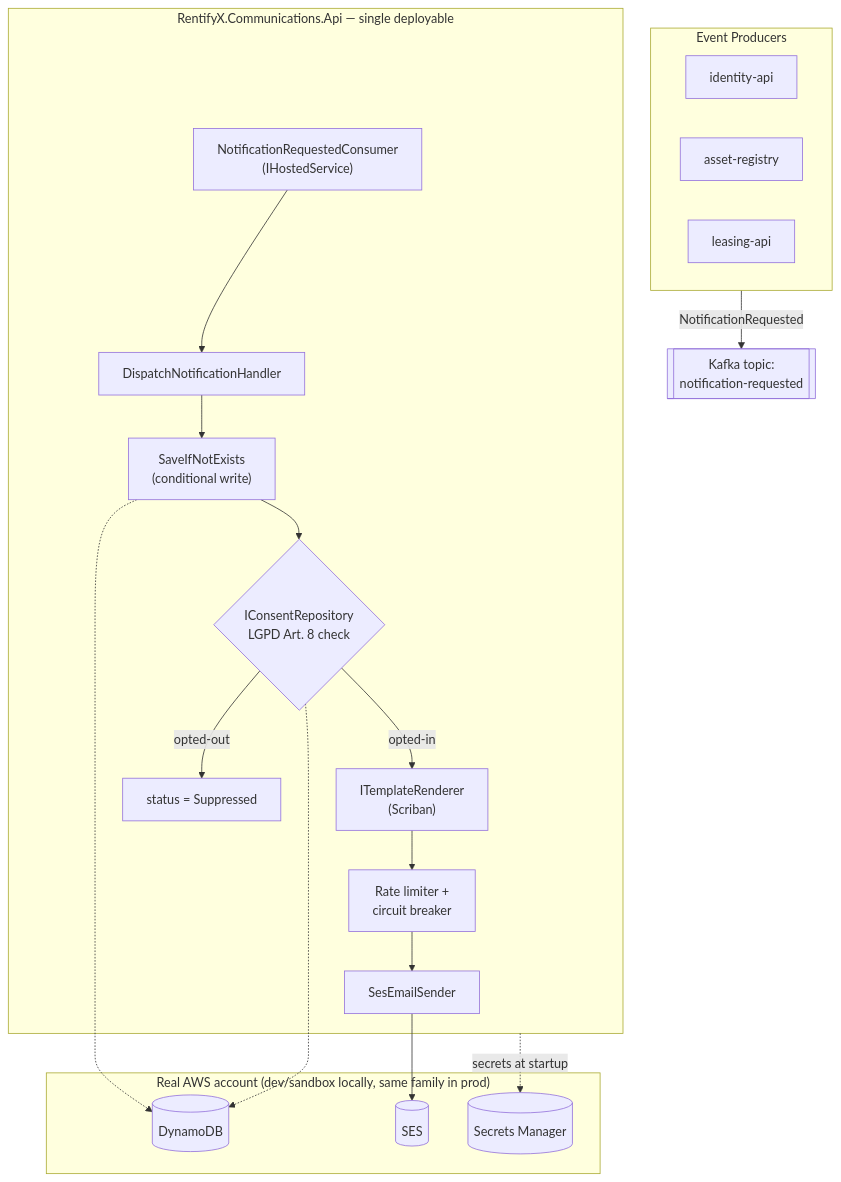
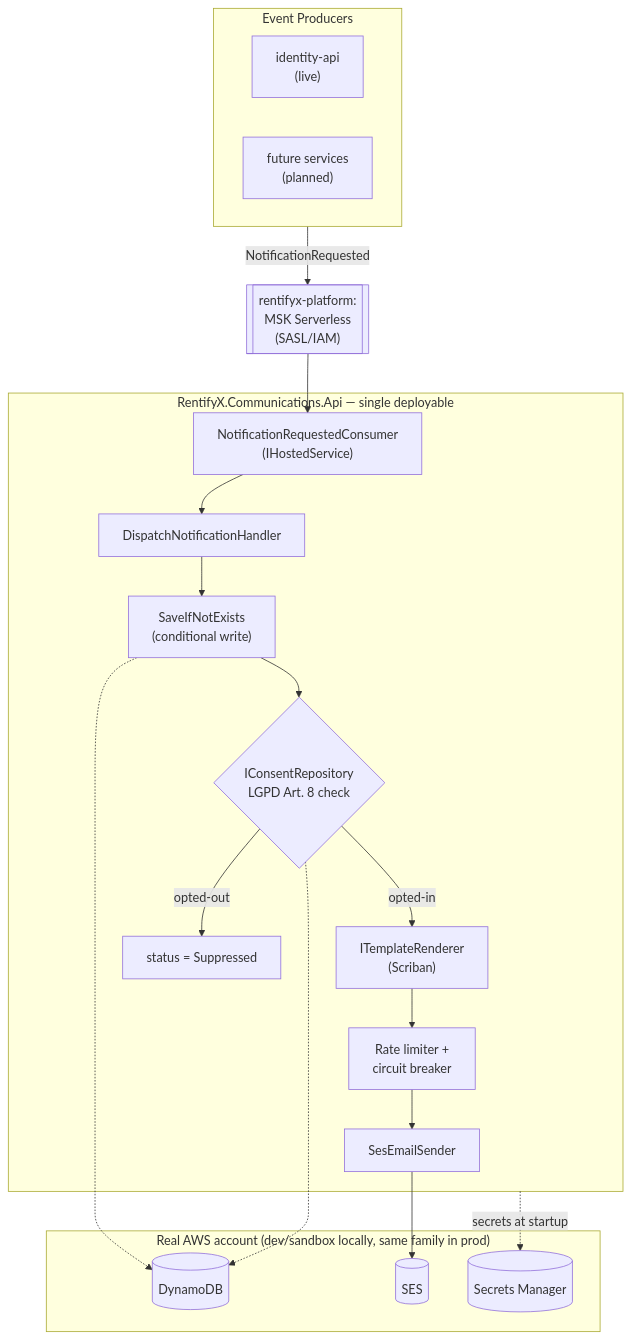
Before and after one commit to eugeniobandeira/rentifyx-communications-api: the diagram in README.md, drawn with Mermaid. The commit also changed other lines of this file, not shown here.

````diff
--- a/README.md
+++ b/README.md
@@ -13,28 +23,28 @@
 ```mermaid
 flowchart TB
     subgraph Producers["Event Producers"]
-        IdentityAPI["identity-api"]
-        AssetRegistry["asset-registry"]
-        LeasingAPI["leasing-api"]
+        IdentityAPI["identity-api<br/>(live)"]
+        FutureProducers["future services<br/>(planned)"]
     end
 
-    Producers -->|"NotificationRequested"| Topic[["Kafka topic:<br/>notification-requested"]]
+    Producers -->|"NotificationRequested"| MSK[["rentifyx-platform:<br/>MSK Serverless<br/>(SASL/IAM)"]]
+    MSK --> Consumer
 
     subgraph Host["RentifyX.Communications.Api — single deployable"]
         Consumer["NotificationRequestedConsumer<br/>(IHostedService)"] --> Handler["DispatchNotificationHandler"]
         Handler --> Idempotency["SaveIfNotExists<br/>(conditional write)"] --> Consent{"IConsentRepository<br/>LGPD Art. 8 check"}
         Consent -->|opted-in| Renderer["ITemplateRenderer<br/>(Scriban)"] --> Limiter["Rate limiter +<br/>circuit breaker"] --> Sender["SesEmailSender"]
         Consent -->|opted-out| Suppressed["status = Suppressed"]
     end
 
     subgraph AWS["Real AWS account (dev/sandbox locally, same family in prod)"]
         DynamoDB[("DynamoDB")]
         SES[("SES")]
         SecretsManager[("Secrets Manager")]
     end
 
     Idempotency -.-> DynamoDB
     Consent -.-> DynamoDB
     Sender --> SES
     Host -.->|secrets at startup| SecretsManager
 ```
````
